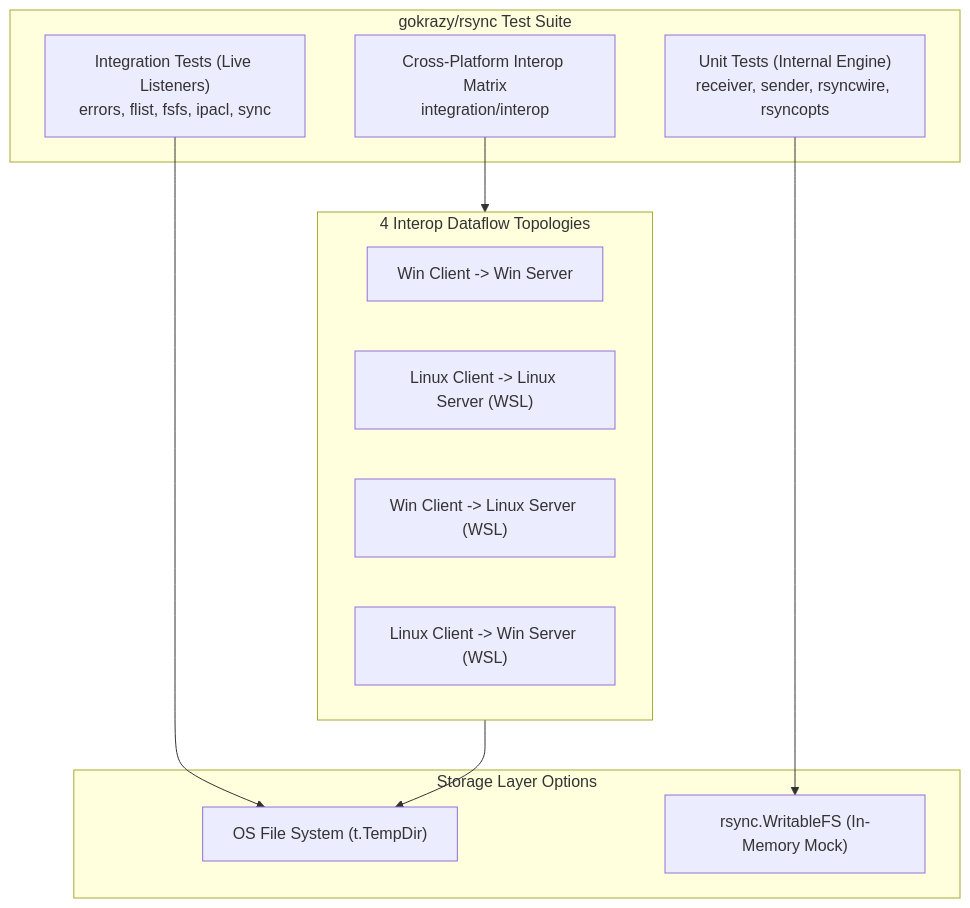
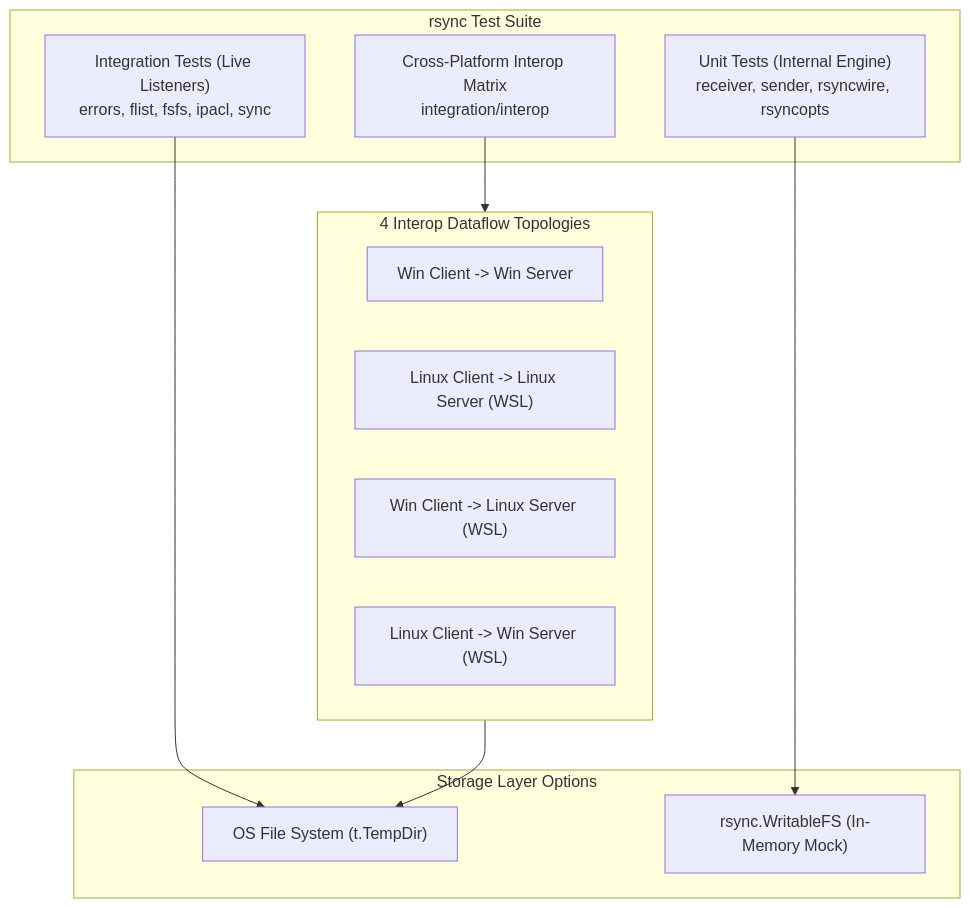
One commit to edsilegxrepo/gorsync changed the first of 2 diagrams in TESTING.md. Above: the diagram before and after it, drawn with Mermaid. The commit also changed other lines of this file and 14 other files, not shown here.

````diff
--- a/TESTING.md
+++ b/TESTING.md
@@ -20,25 +20,25 @@
 ```mermaid
 graph TD
-    subgraph TestSuite ["gokrazy/rsync Test Suite"]
+    subgraph TestSuite ["rsync Test Suite"]
         UT["Unit Tests (Internal Engine)<br/>receiver, sender, rsyncwire, rsyncopts"]
         IT["Integration Tests (Live Listeners)<br/>errors, flist, fsfs, ipacl, sync"]
         MT["Cross-Platform Interop Matrix<br/>integration/interop"]
     end
 
     subgraph Topologies ["4 Interop Dataflow Topologies"]
         WC_WS["Win Client -> Win Server"]
         LC_LS["Linux Client -> Linux Server (WSL)"]
         WC_LS["Win Client -> Linux Server (WSL)"]
         LC_WS["Linux Client -> Win Server (WSL)"]
     end
 
     subgraph Storage ["Storage Layer Options"]
         Disk["OS File System (t.TempDir)"]
         MemFS["rsync.WritableFS (In-Memory Mock)"]
     end
 
     UT --> MemFS
     IT --> Disk
     MT --> Topologies
     Topologies --> Disk
 ```
````
